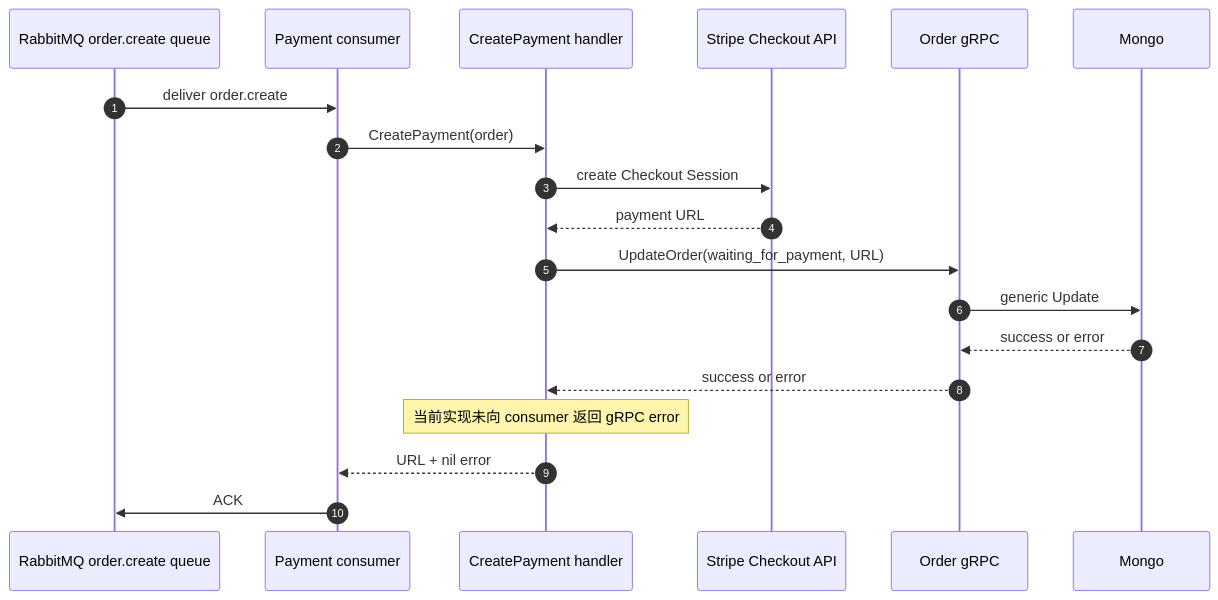
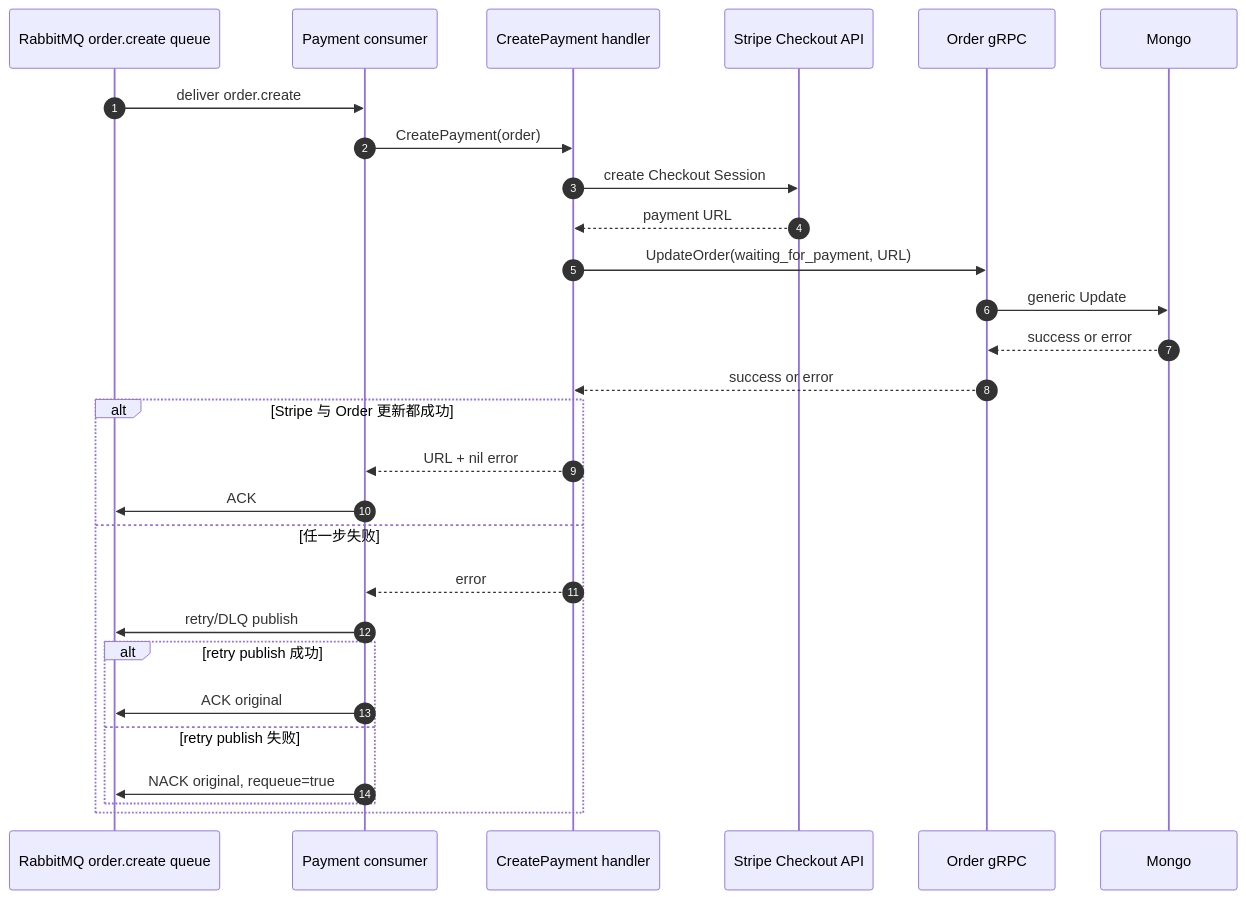
One commit to jiahuipaung/gorder changed the third of 5 diagrams in docs/architecture/business-flow.md. Above: the diagram before and after it, drawn with Mermaid. The commit also changed other lines of this file and 8 other files, not shown here.

````diff
--- a/docs/architecture/business-flow.md
+++ b/docs/architecture/business-flow.md
@@ -95,22 +95,31 @@
 ```mermaid
 sequenceDiagram
     autonumber
     participant MQ as RabbitMQ order.create queue
     participant Consumer as Payment consumer
     participant PaymentApp as CreatePayment handler
     participant Stripe as Stripe Checkout API
     participant OrderGRPC as Order gRPC
     participant Mongo
 
     MQ->>Consumer: deliver order.create
     Consumer->>PaymentApp: CreatePayment(order)
     PaymentApp->>Stripe: create Checkout Session
     Stripe-->>PaymentApp: payment URL
     PaymentApp->>OrderGRPC: UpdateOrder(waiting_for_payment, URL)
     OrderGRPC->>Mongo: generic Update
     Mongo-->>OrderGRPC: success or error
     OrderGRPC-->>PaymentApp: success or error
-    Note over PaymentApp: 当前实现未向 consumer 返回 gRPC error
-    PaymentApp-->>Consumer: URL + nil error
-    Consumer->>MQ: ACK
+    alt Stripe 与 Order 更新都成功
+        PaymentApp-->>Consumer: URL + nil error
+        Consumer->>MQ: ACK
+    else 任一步失败
+        PaymentApp-->>Consumer: error
+        Consumer->>MQ: retry/DLQ publish
+        alt retry publish 成功
+            Consumer->>MQ: ACK original
+        else retry publish 失败
+            Consumer->>MQ: NACK original, requeue=true
+        end
+    end
 ```
````
